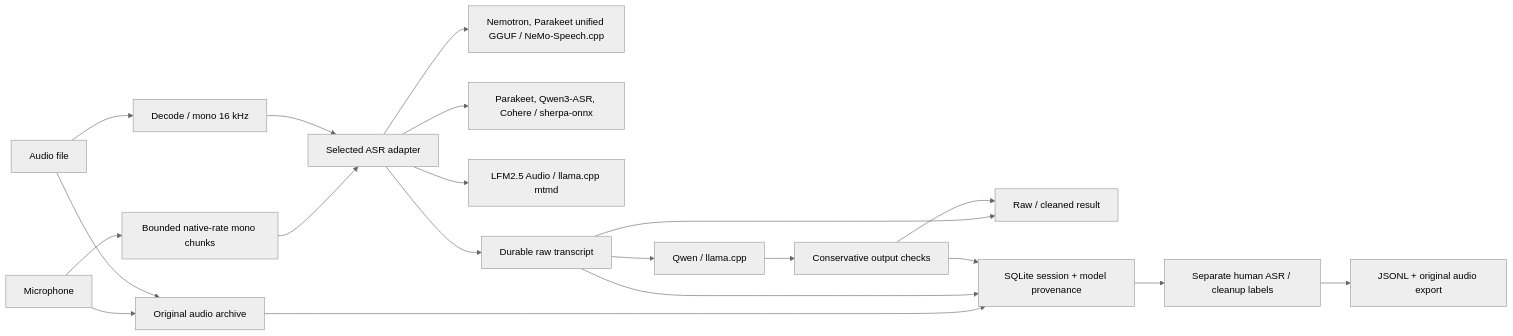
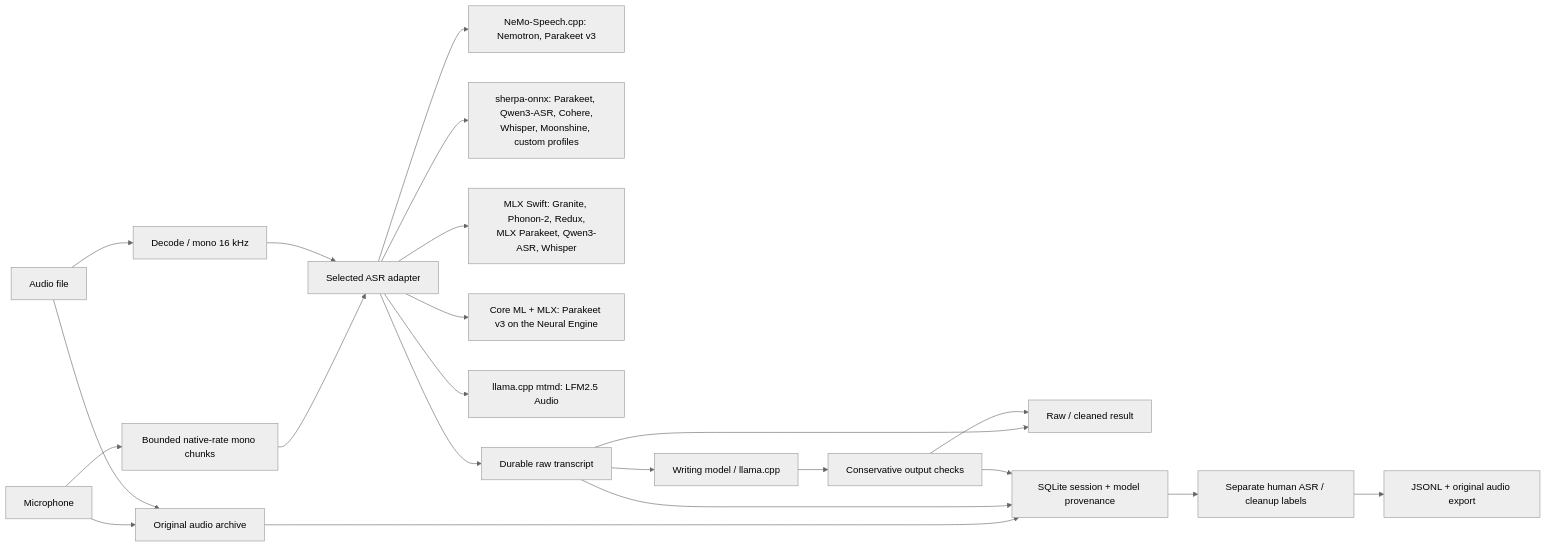
One commit to rahulsharmavishwakarma/vesper changed the first of 3 diagrams in docs/architecture.md. Above: the diagram before and after it, drawn with Mermaid (neutral theme). The commit also changed other lines of this file and 10 other files, not shown here.

````diff
--- a/docs/architecture.md
+++ b/docs/architecture.md
@@ -7,22 +7,24 @@
 ```mermaid
 flowchart LR
     A[Microphone] --> B[Original audio archive]
     A --> C[Bounded native-rate mono chunks]
     A2[Audio file] --> B
     A2 --> C2[Decode / mono 16 kHz]
     C --> D[Selected ASR adapter]
     C2 --> D
-    D --> D1[Nemotron, Parakeet unified GGUF / NeMo-Speech.cpp]
-    D --> D3[Parakeet, Qwen3-ASR, Cohere / sherpa-onnx]
-    D --> D4[LFM2.5 Audio / llama.cpp mtmd]
+    D --> D1[NeMo-Speech.cpp: Nemotron, Parakeet v3]
+    D --> D2[sherpa-onnx: Parakeet, Qwen3-ASR, Cohere,<br/>Whisper, Moonshine, custom profiles]
+    D --> D3[MLX Swift: Granite, Phonon-2, Redux,<br/>MLX Parakeet, Qwen3-ASR, Whisper]
+    D --> D5[Core ML + MLX: Parakeet v3 on the Neural Engine]
+    D --> D4[llama.cpp mtmd: LFM2.5 Audio]
     D --> E[Durable raw transcript]
-    E --> F[Qwen / llama.cpp]
+    E --> F[Writing model / llama.cpp]
     F --> G[Conservative output checks]
     E --> H[Raw / cleaned result]
     G --> H
     B --> I[SQLite session + model provenance]
     E --> I
     G --> I
     I --> J[Separate human ASR / cleanup labels]
     J --> K[JSONL + original audio export]
 ```
````
